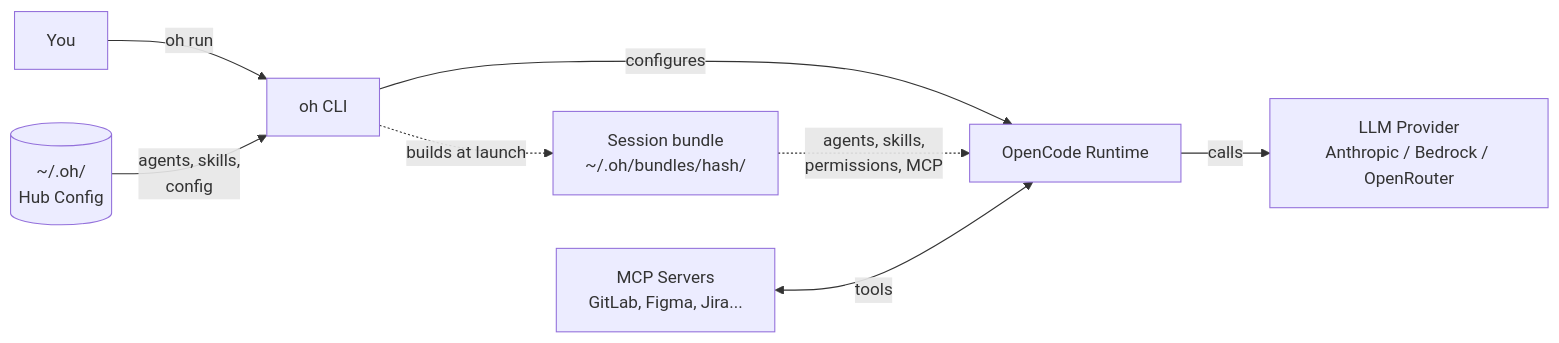
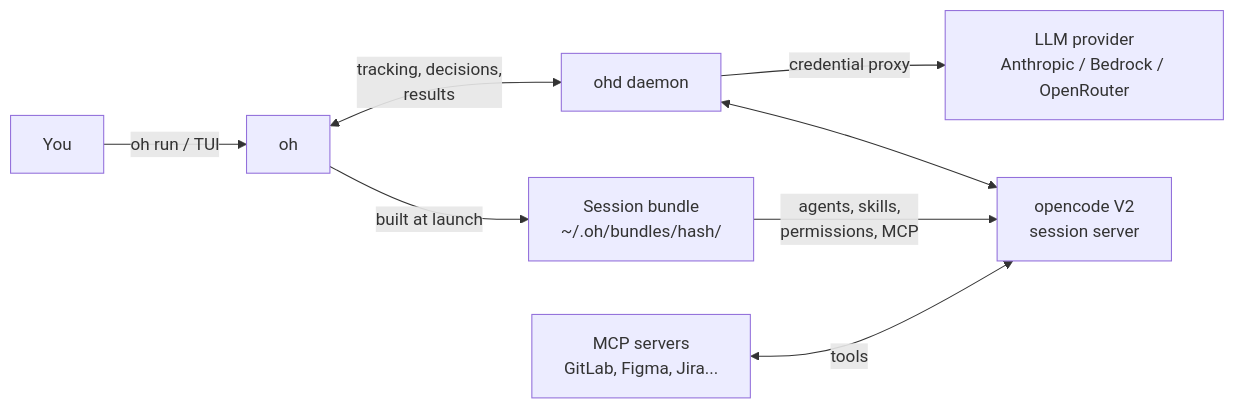
One commit to datichb/openhub changed the diagram in docs/guides/getting-started.en.md. Above: the diagram before and after it, drawn with Mermaid. The commit also changed other lines of this file and 7 other files, not shown here.

````diff
--- a/docs/guides/getting-started.en.md
+++ b/docs/guides/getting-started.en.md
@@ -9,10 +9,10 @@
 ```mermaid
 flowchart LR
-    U[You] -->|oh run| CLI[oh CLI]
-    CLI -->|configures| OC[OpenCode Runtime]
-    OC -->|calls| LLM[LLM Provider<br/>Anthropic / Bedrock / OpenRouter]
-    CLI -.->|builds at launch| B[Session bundle<br/>~/.oh/bundles/hash/]
-    B -.->|agents, skills,<br/>permissions, MCP| OC
-    HUB[(~/.oh/<br/>Hub Config)] -->|agents, skills,<br/>config| CLI
-    MCP[MCP Servers<br/>GitLab, Figma, Jira...] <-->|tools| OC
+    U[You] -->|oh run / TUI| CLI[oh]
+    CLI -->|built at launch| B[Session bundle<br/>~/.oh/bundles/hash/]
+    B -->|agents, skills,<br/>permissions, MCP| OC[opencode V2<br/>session server]
+    CLI <-->|tracking, decisions,<br/>results| D[ohd daemon]
+    D <--> OC
+    D -->|credential proxy| LLM[LLM provider<br/>Anthropic / Bedrock / OpenRouter]
+    MCP[MCP servers<br/>GitLab, Figma, Jira...] <-->|tools| OC
 ```
````
